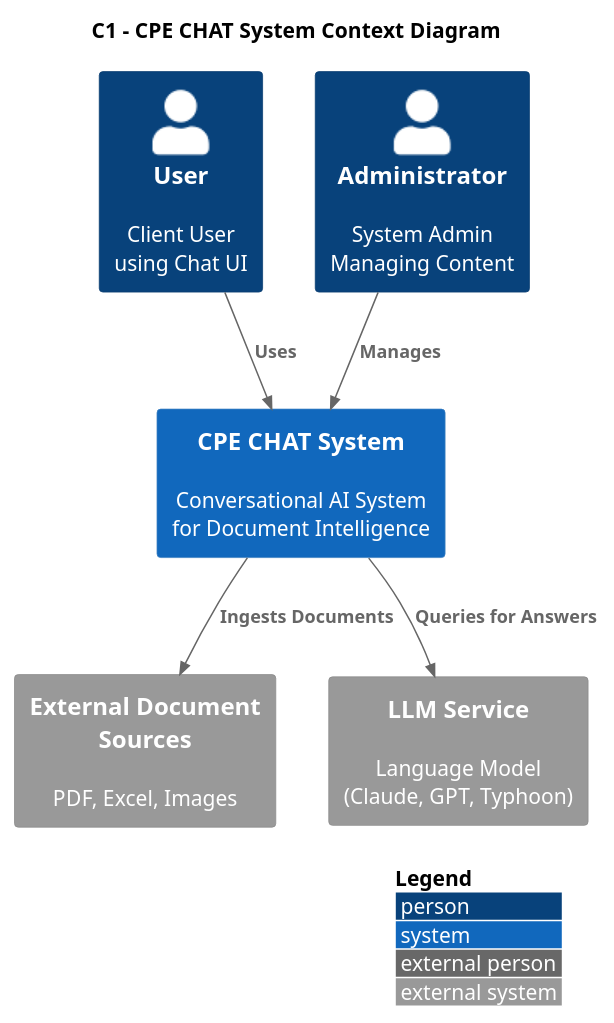
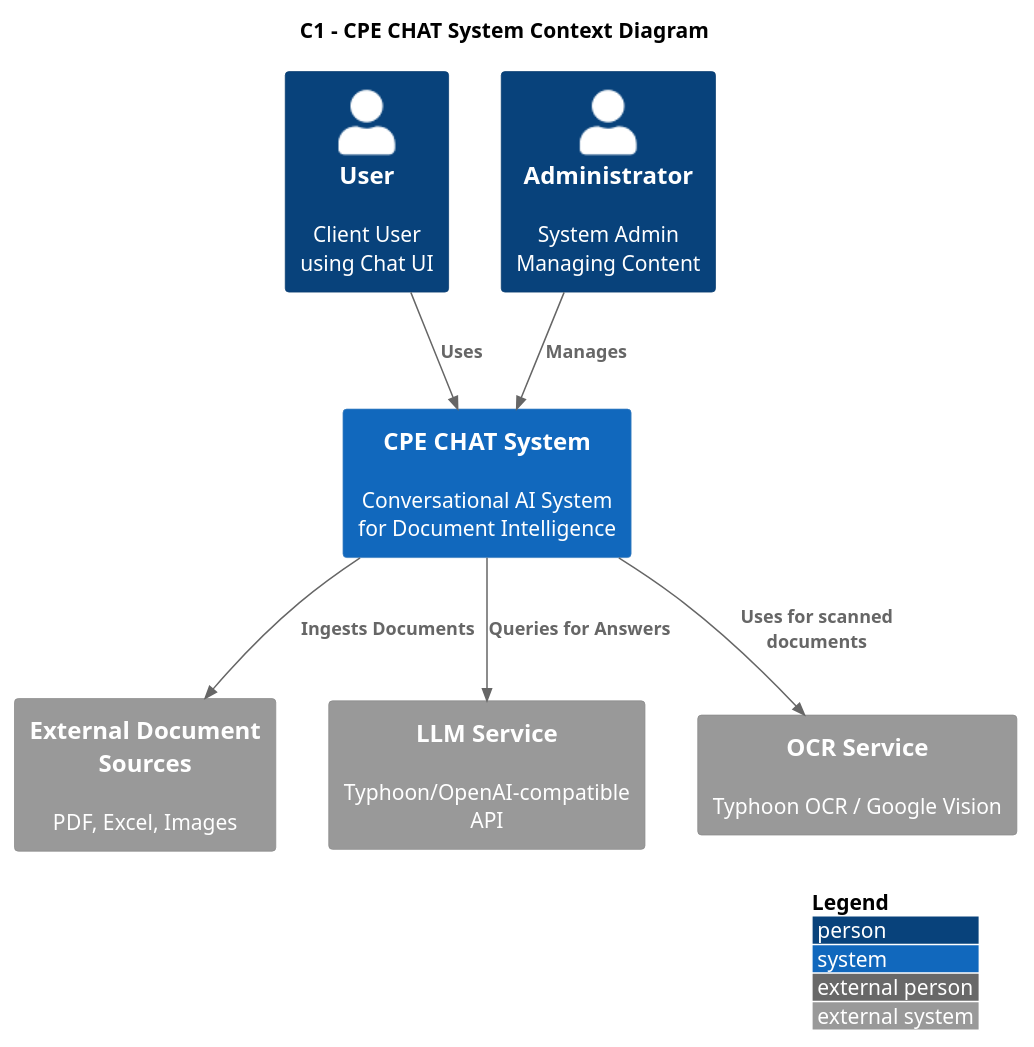
Before and after one commit to KKOIDF/CPE-CHAT-0.0.2: the diagram in docs/backend_c1_context.puml, drawn with PlantUML. The commit also changed 341 other files, not shown here.

```diff
--- a/docs/backend_c1_context.puml
+++ b/docs/backend_c1_context.puml
@@ -1,21 +1,23 @@
 @startuml Backend_C1_Context
 !include https://raw.githubusercontent.com/plantuml-stdlib/C4-PlantUML/master/C4_Context.puml
 
 LAYOUT_WITH_LEGEND()
 
 title C1 - CPE CHAT System Context Diagram
 
 Person(user, "User", "Client User\nusing Chat UI")
 System(cpe_system, "CPE CHAT System", "Conversational AI System\nfor Document Intelligence")
 
 Person(admin, "Administrator", "System Admin\nManaging Content")
 
 System_Ext(external_docs, "External Document Sources", "PDF, Excel, Images")
-System_Ext(llm, "LLM Service", "Language Model\n(Claude, GPT, Typhoon)")
+System_Ext(llm, "LLM Service", "Typhoon/OpenAI-compatible API")
+System_Ext(ocr, "OCR Service", "Typhoon OCR / Google Vision")
 
 Rel(user, cpe_system, "Uses")
 Rel(admin, cpe_system, "Manages")
 Rel(cpe_system, external_docs, "Ingests Documents")
 Rel(cpe_system, llm, "Queries for Answers")
+Rel(cpe_system, ocr, "Uses for scanned documents")
 
 @enduml
```
